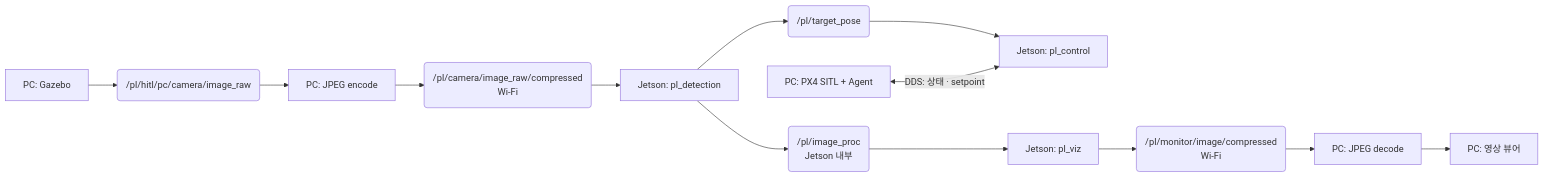
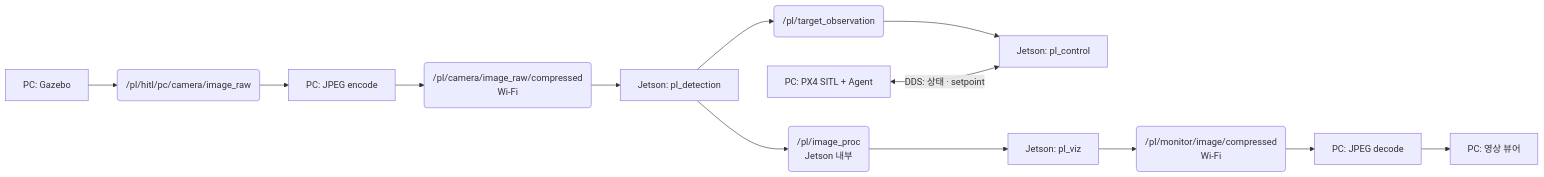
The third of 3 diagrams in README.md (IN-AIR-KR/precision-landing), drawn with Mermaid before and after one commit. The commit also changed other lines of this file and 23 other files, not shown here.

Commit message:
feat(detection): publish frame observations with validity and target pose

````diff
--- a/README.md
+++ b/README.md
@@ -400,10 +400,10 @@
 ```mermaid
 flowchart LR
     GZ[PC: Gazebo] --> RAW("/pl/hitl/pc/camera/image_raw") --> ENC[PC: JPEG encode]
     ENC --> JPEG("/pl/camera/image_raw/compressed<br/>Wi-Fi") --> DET[Jetson: pl_detection]
-    DET --> POSE("/pl/target_pose") --> CTRL[Jetson: pl_control]
+    DET --> POSE("/pl/target_observation") --> CTRL[Jetson: pl_control]
     PX4[PC: PX4 SITL + Agent] <-->|DDS: 상태 · setpoint| CTRL
     DET --> DEBUG("/pl/image_proc<br/>Jetson 내부") --> HUD[Jetson: pl_viz]
     HUD --> OUT("/pl/monitor/image/compressed<br/>Wi-Fi") --> DEC[PC: JPEG decode]
     DEC --> VIEW[PC: 영상 뷰어]
 ```
````
